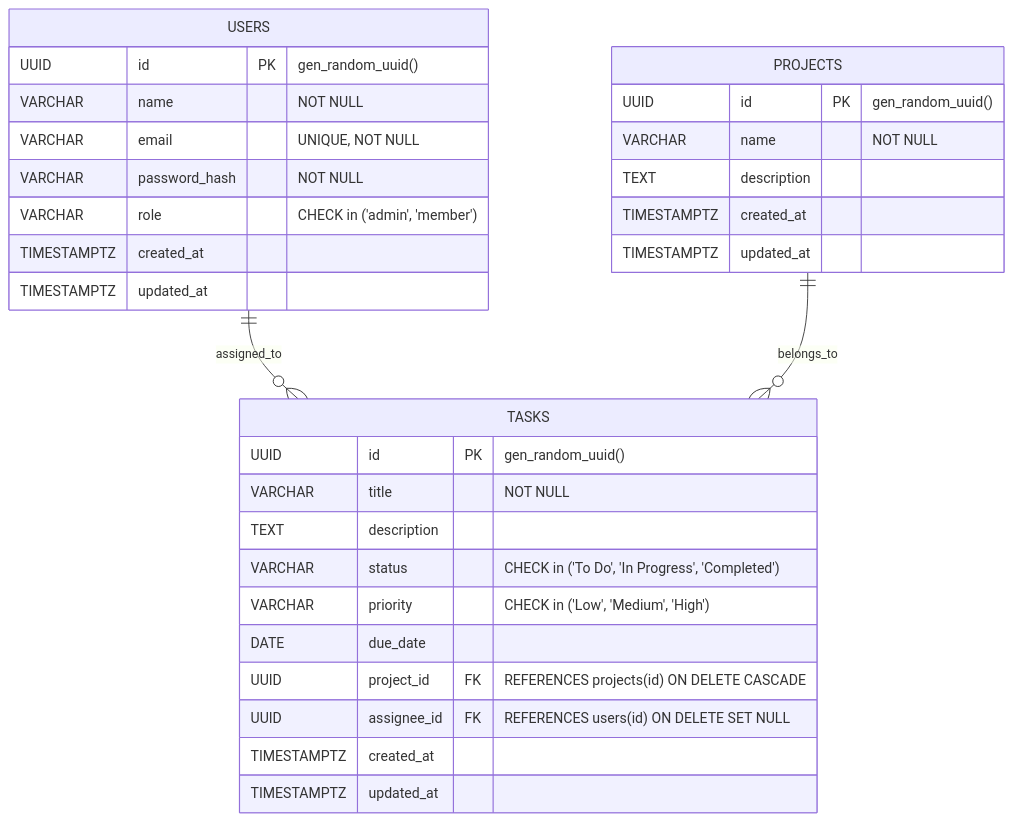
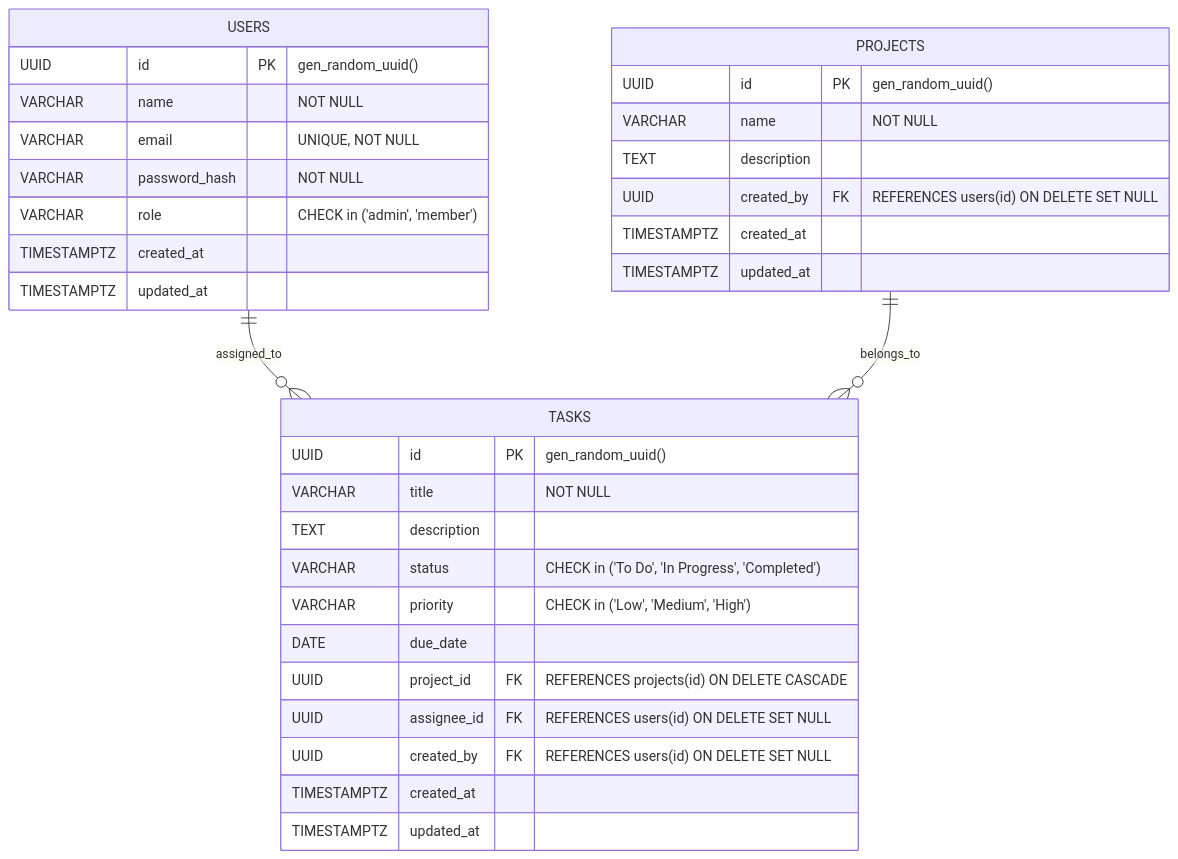
The second of 2 diagrams in README.md (abdulmmh/smart-task-manager), drawn with Mermaid before and after one commit. The commit also changed other lines of this file and 3 other files, not shown here.

````diff
--- a/README.md
+++ b/README.md
@@ -105,36 +107,38 @@
 ```mermaid
 erDiagram
     USERS ||--o{ TASKS : "assigned_to"
     PROJECTS ||--o{ TASKS : "belongs_to"
 
     USERS {
         UUID id PK "gen_random_uuid()"
         VARCHAR name "NOT NULL"
         VARCHAR email "UNIQUE, NOT NULL"
         VARCHAR password_hash "NOT NULL"
         VARCHAR role "CHECK in ('admin', 'member')"
         TIMESTAMPTZ created_at
         TIMESTAMPTZ updated_at
     }
 
     PROJECTS {
         UUID id PK "gen_random_uuid()"
         VARCHAR name "NOT NULL"
         TEXT description
+        UUID created_by FK "REFERENCES users(id) ON DELETE SET NULL"
         TIMESTAMPTZ created_at
         TIMESTAMPTZ updated_at
     }
 
     TASKS {
         UUID id PK "gen_random_uuid()"
         VARCHAR title "NOT NULL"
         TEXT description
         VARCHAR status "CHECK in ('To Do', 'In Progress', 'Completed')"
         VARCHAR priority "CHECK in ('Low', 'Medium', 'High')"
         DATE due_date
         UUID project_id FK "REFERENCES projects(id) ON DELETE CASCADE"
         UUID assignee_id FK "REFERENCES users(id) ON DELETE SET NULL"
+        UUID created_by FK "REFERENCES users(id) ON DELETE SET NULL"
         TIMESTAMPTZ created_at
         TIMESTAMPTZ updated_at
     }
 ```
````
